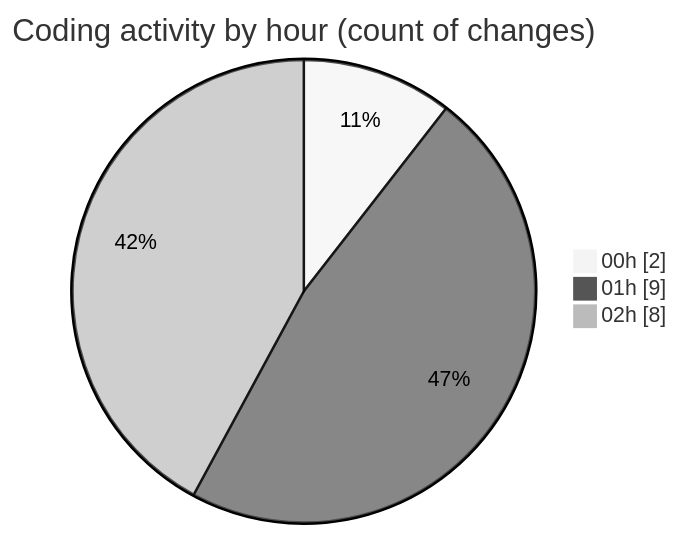
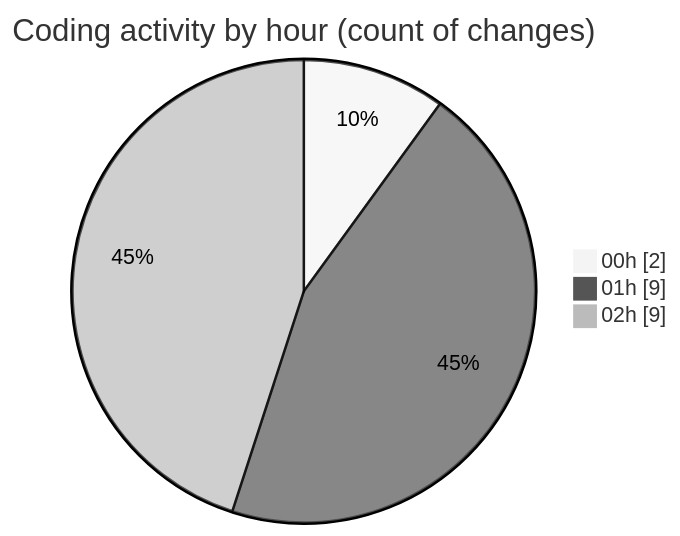
The second of 2 diagrams in 2025-10-17/cdp_aleoudev_fr__workspace_/README.md (julien-gomy/code-tracking), drawn with Mermaid (neutral theme) before and after one commit. The commit also changed other lines of this file and 1 other file, not shown here.

````diff
--- a/2025-10-17/cdp_aleoudev_fr__workspace_/README.md
+++ b/2025-10-17/cdp_aleoudev_fr__workspace_/README.md
@@ -32,7 +32,7 @@
 ```mermaid
 pie showData
 title Coding activity by hour (count of changes)
 "00h" : 2
 "01h" : 9
-"02h" : 8
+"02h" : 9
 ```
````
